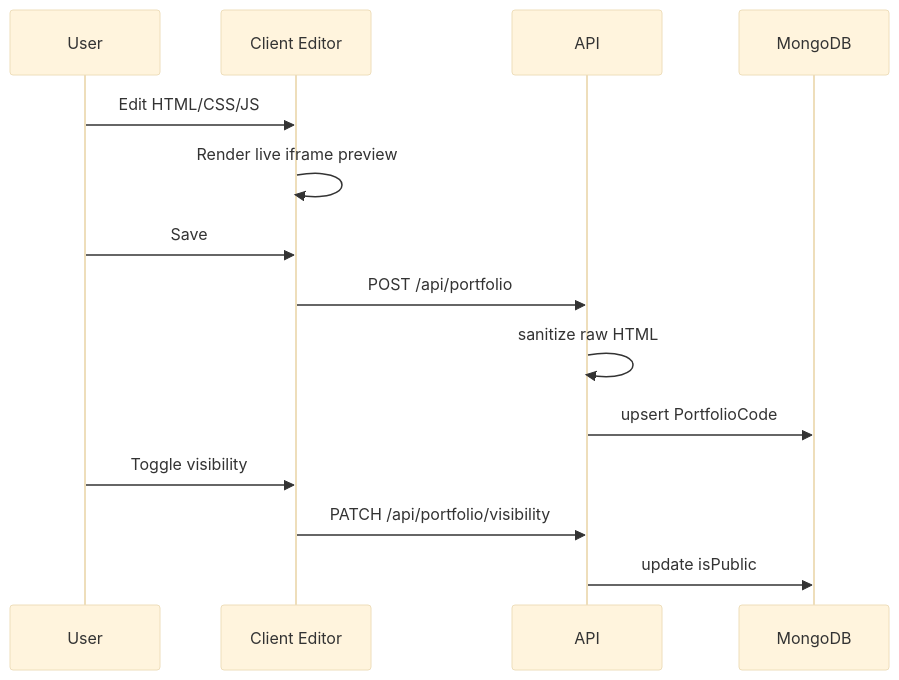
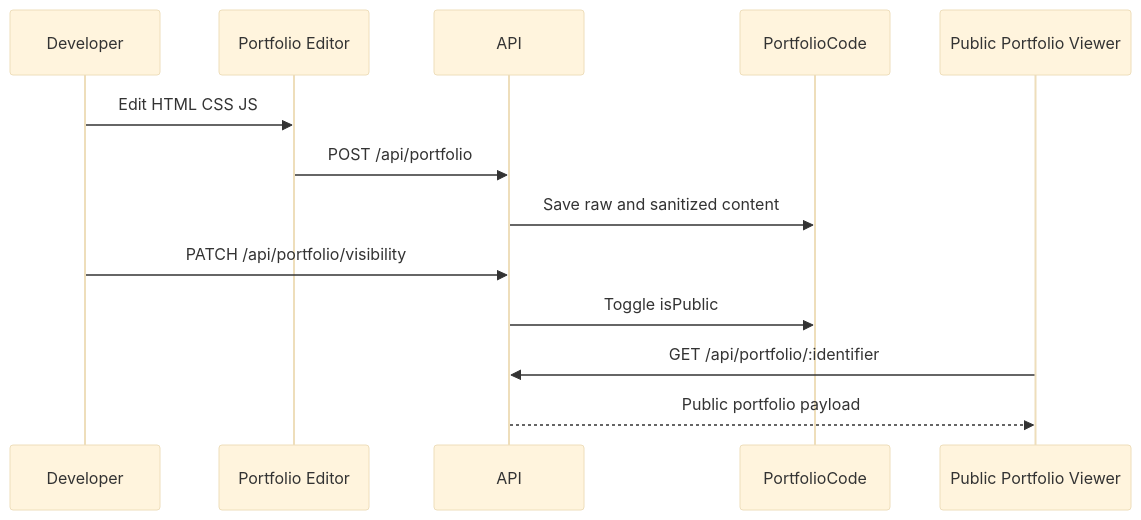
The fifth of 9 diagrams in documentation/WORKFLOW.md (SubhashKumar14/DevFolio-App), drawn with Mermaid (base theme) before and after one commit. The commit also changed other lines of this file and 22 other files, not shown here.

Commit message:
docs: add theoretical foundations to diagram-first documentation

````diff
--- a/documentation/WORKFLOW.md
+++ b/documentation/WORKFLOW.md
@@ -101,17 +78,16 @@
 ```mermaid
 sequenceDiagram
-  participant U as User
-  participant C as Client Editor
-  participant A as API
-  participant DB as MongoDB
+  participant Dev as Developer
+  participant Editor as Portfolio Editor
+  participant API
+  participant Model as PortfolioCode
+  participant Public as Public Portfolio Viewer
 
-  U->>C: Edit HTML/CSS/JS
-  C->>C: Render live iframe preview
-  U->>C: Save
-  C->>A: POST /api/portfolio
-  A->>A: sanitize raw HTML
-  A->>DB: upsert PortfolioCode
-  U->>C: Toggle visibility
-  C->>A: PATCH /api/portfolio/visibility
-  A->>DB: update isPublic
+  Dev->>Editor: Edit HTML CSS JS
+  Editor->>API: POST /api/portfolio
+  API->>Model: Save raw and sanitized content
+  Dev->>API: PATCH /api/portfolio/visibility
+  API->>Model: Toggle isPublic
+  Public->>API: GET /api/portfolio/:identifier
+  API-->>Public: Public portfolio payload
 ```
````
